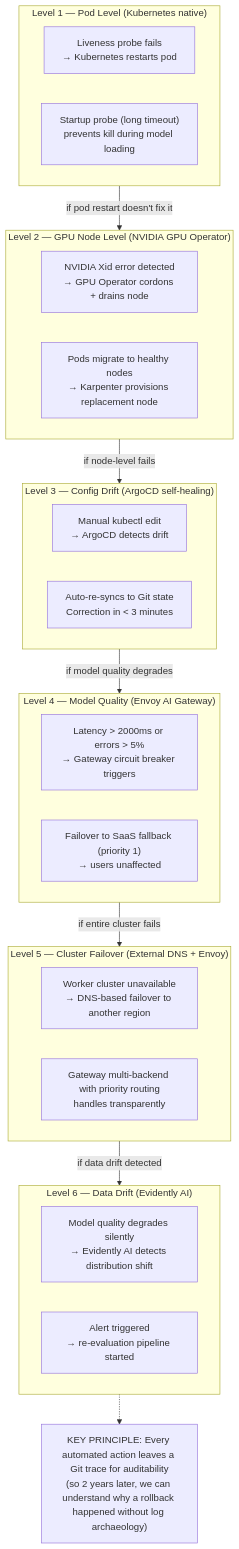
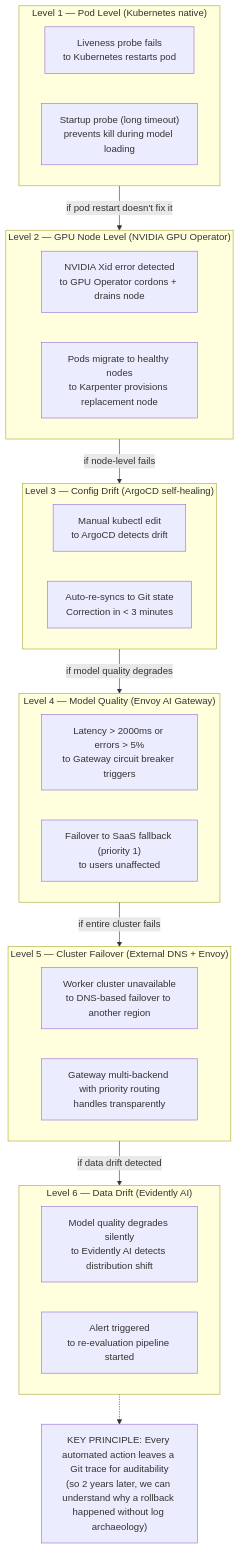
Before and after one commit to ADORSYS-GIS/Custom-Ai-Ops: the eighth of 9 diagrams in README.md, drawn with Mermaid. The commit also changed other lines of this file and 25 other files, not shown here.

````diff
--- a/README.md
+++ b/README.md
@@ -382,41 +382,41 @@
 ```mermaid
 graph TB
     subgraph Layer1["Level 1 — Pod Level (Kubernetes native)"]
-        L1A["Liveness probe fails<br/>→ Kubernetes restarts pod"]
+        L1A["Liveness probe fails<br/>to Kubernetes restarts pod"]
         L1B["Startup probe (long timeout)<br/>prevents kill during model loading"]
     end
 
     subgraph Layer2["Level 2 — GPU Node Level (NVIDIA GPU Operator)"]
-        L2A["NVIDIA Xid error detected<br/>→ GPU Operator cordons + drains node"]
-        L2B["Pods migrate to healthy nodes<br/>→ Karpenter provisions replacement node"]
+        L2A["NVIDIA Xid error detected<br/>to GPU Operator cordons + drains node"]
+        L2B["Pods migrate to healthy nodes<br/>to Karpenter provisions replacement node"]
     end
 
     subgraph Layer3["Level 3 — Config Drift (ArgoCD self-healing)"]
-        L3A["Manual kubectl edit<br/>→ ArgoCD detects drift"]
+        L3A["Manual kubectl edit<br/>to ArgoCD detects drift"]
         L3B["Auto-re-syncs to Git state<br/>Correction in < 3 minutes"]
     end
 
     subgraph Layer4["Level 4 — Model Quality (Envoy AI Gateway)"]
-        L4A["Latency > 2000ms or errors > 5%<br/>→ Gateway circuit breaker triggers"]
-        L4B["Failover to SaaS fallback (priority 1)<br/>→ users unaffected"]
+        L4A["Latency > 2000ms or errors > 5%<br/>to Gateway circuit breaker triggers"]
+        L4B["Failover to SaaS fallback (priority 1)<br/>to users unaffected"]
     end
 
     subgraph Layer5["Level 5 — Cluster Failover (External DNS + Envoy)"]
-        L5A["Worker cluster unavailable<br/>→ DNS-based failover to another region"]
+        L5A["Worker cluster unavailable<br/>to DNS-based failover to another region"]
         L5B["Gateway multi-backend with priority routing<br/>handles transparently"]
     end
 
     subgraph Layer6["Level 6 — Data Drift (Evidently AI)"]
-        L6A["Model quality degrades silently<br/>→ Evidently AI detects distribution shift"]
-        L6B["Alert triggered<br/>→ re-evaluation pipeline started"]
+        L6A["Model quality degrades silently<br/>to Evidently AI detects distribution shift"]
+        L6B["Alert triggered<br/>to re-evaluation pipeline started"]
     end
 
     Layer1 -->|"if pod restart doesn't fix it"| Layer2
     Layer2 -->|"if node-level fails"| Layer3
     Layer3 -->|"if model quality degrades"| Layer4
     Layer4 -->|"if entire cluster fails"| Layer5
     Layer5 -->|"if data drift detected"| Layer6
 
     Principle["KEY PRINCIPLE: Every automated action leaves a Git trace for auditability<br/>(so 2 years later, we can understand why a rollback happened without log archaeology)"]
     Layer6 -.-> Principle
 ```
````
